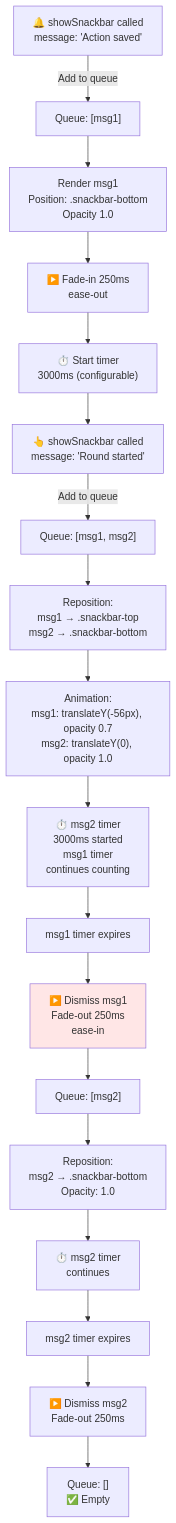
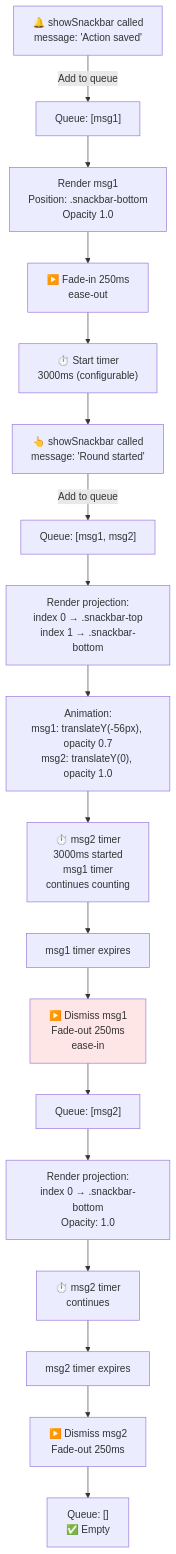
The first of 3 diagrams in design/productRequirementsDocuments/prdSnackbar.md (CyanAutomation/judokon), drawn with Mermaid before and after one commit. The commit also changed other lines of this file, not shown here.

Commit message:
docs: simplify snackbar lifecycle to behavioral states (#5785)

````diff
--- a/design/productRequirementsDocuments/prdSnackbar.md
+++ b/design/productRequirementsDocuments/prdSnackbar.md
@@ -115,42 +115,42 @@
 ```mermaid
 graph TD
     A["🔔 showSnackbar called<br/>message: 'Action saved'"] -->|Add to queue| B["Queue: [msg1]"]
 
     B --> C["Render msg1<br/>Position: .snackbar-bottom<br/>Opacity 1.0"]
 
     C --> D["▶️ Fade-in 250ms<br/>ease-out"]
 
     D --> E["⏱️ Start timer<br/>3000ms (configurable)"]
 
     E --> F["👆 showSnackbar called<br/>message: 'Round started'"]
 
     F -->|Add to queue| G["Queue: [msg1, msg2]"]
 
-    G --> H["Reposition:<br/>msg1 → .snackbar-top<br/>msg2 → .snackbar-bottom"]
+    G --> H["Render projection:<br/>index 0 → .snackbar-top<br/>index 1 → .snackbar-bottom"]
 
     H --> I["Animation:<br/>msg1: translateY(-56px), opacity 0.7<br/>msg2: translateY(0), opacity 1.0"]
 
     I --> J["⏱️ msg2 timer<br/>3000ms started<br/>msg1 timer<br/>continues counting"]
 
     J --> K["msg1 timer expires"]
 
     K --> L["▶️ Dismiss msg1<br/>Fade-out 250ms<br/>ease-in"]
 
     L --> M["Queue: [msg2]"]
 
-    M --> N["Reposition:<br/>msg2 → .snackbar-bottom<br/>Opacity: 1.0"]
+    M --> N["Render projection:<br/>index 0 → .snackbar-bottom<br/>Opacity: 1.0"]
 
     N --> O["⏱️ msg2 timer<br/>continues"]
 
     O --> P["msg2 timer expires"]
 
     P --> Q["▶️ Dismiss msg2<br/>Fade-out 250ms"]
 
     Q --> R["Queue: []<br/>✅ Empty"]
 
     style C fill:#lightgreen
     style D fill:#lightyellow
     style H fill:#lightcyan
     style L fill:#ffe6e6
     style R fill:#lightblue
 ```
````
